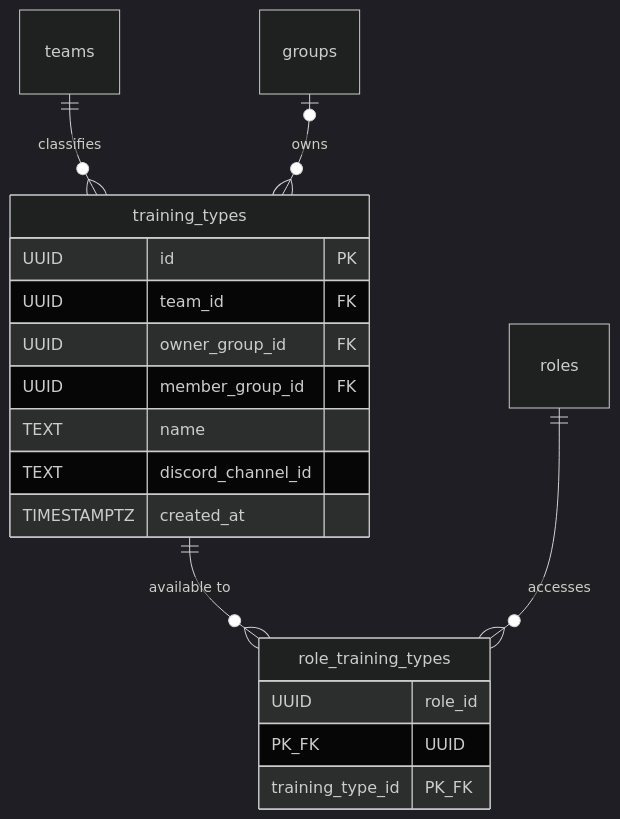
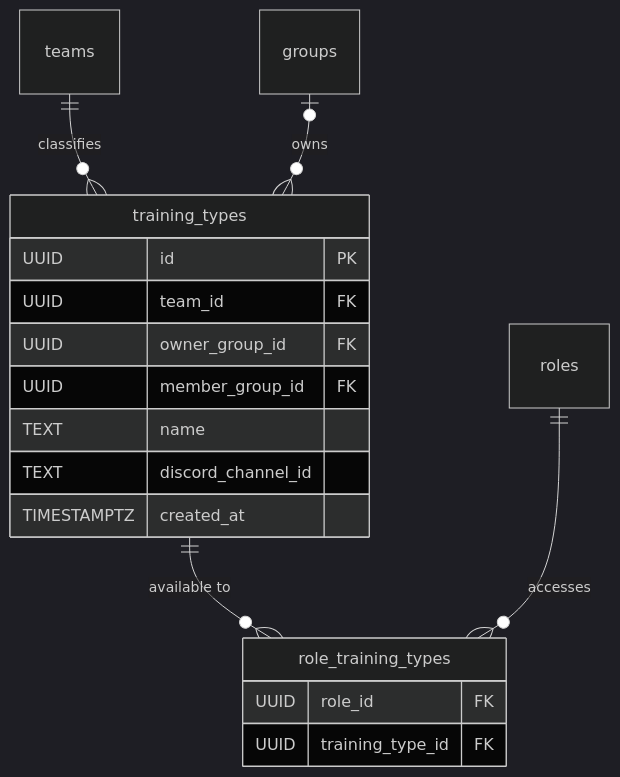
The sixth of 12 diagrams in docs/thesis/er-diagram.md (maxa-ondrej/sideline), drawn with Mermaid (dark theme) before and after one commit. The commit also changed other lines of this file and 1 other file, not shown here.

Commit message:
Fix Mermaid ER diagram syntax and link thesis docs in README

````diff
--- a/docs/thesis/er-diagram.md
+++ b/docs/thesis/er-diagram.md
@@ -292,22 +292,22 @@
 ```mermaid
 erDiagram
     training_types {
         UUID id PK
         UUID team_id FK
         UUID owner_group_id FK
         UUID member_group_id FK
         TEXT name
         TEXT discord_channel_id
         TIMESTAMPTZ created_at
     }
 
     role_training_types {
-        UUID role_id PK_FK
-        UUID training_type_id PK_FK
+        UUID role_id FK
+        UUID training_type_id FK
     }
 
     teams ||--o{ training_types : "classifies"
     groups o|--o{ training_types : "owns"
     training_types ||--o{ role_training_types : "available to"
     roles ||--o{ role_training_types : "accesses"
 ```
````
